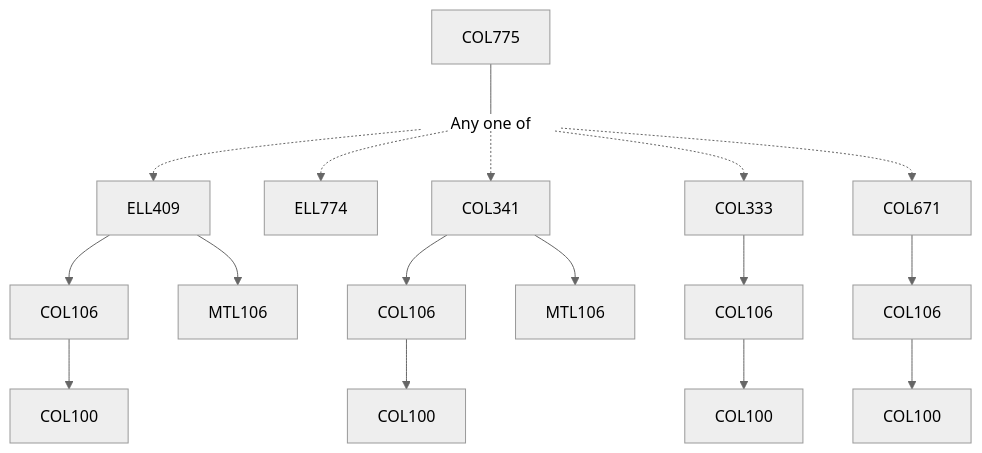
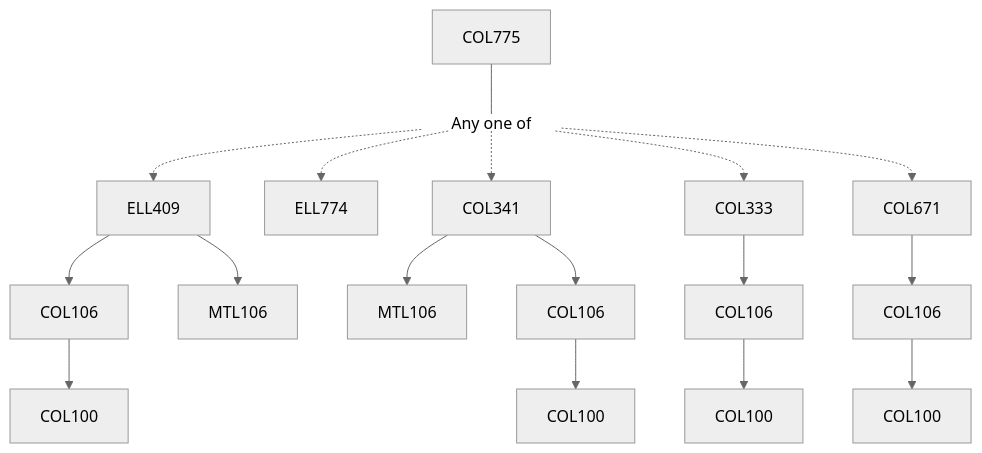
Before and after one commit to KeshavBansal0122/CoS_Website: the diagram in content/Computer Science and Engineering/COL775.md, drawn with Mermaid (neutral theme). The commit also changed other lines of this file and 2667 other files, not shown here.

````diff
--- a/content/Computer Science and Engineering/COL775.md
+++ b/content/Computer Science and Engineering/COL775.md
@@ -17,23 +15,23 @@
 ```mermaid
 flowchart TD
-COL775-765[COL775]
-COL775-765 --- Or766[Any one of]:::empty
-Or766 -.-> ELL409-767[ELL409]
-COL106-767 --> COL100-767[COL100]
-ELL409-767 --> COL106-767[COL106]
-ELL409-767 --> MTL106-767[MTL106]
-Or766 -.-> ELL774-768[ELL774]
-COL341-769 --> COL106-769[COL106]
-COL106-769 --> COL100-769[COL100]
-COL341-769 --> MTL106-769[MTL106]
-Or766 -.-> COL341-769[COL341]
-COL106-770 --> COL100-770[COL100]
-Or766 -.-> COL333-770[COL333]
-COL333-770 --> COL106-770[COL106]
-COL671-771 --> COL106-771[COL106]
-COL106-771 --> COL100-771[COL100]
-Or766 -.-> COL671-771[COL671]
+COL775-1311[COL775]
+COL775-1311 --- Or1312[Any one of]:::empty
+ELL409-1313 --> COL106-1313[COL106]
+Or1312 -.-> ELL409-1313[ELL409]
+ELL409-1313 --> MTL106-1313[MTL106]
+COL106-1313 --> COL100-1313[COL100]
+Or1312 -.-> ELL774-1314[ELL774]
+Or1312 -.-> COL341-1315[COL341]
+COL341-1315 --> MTL106-1315[MTL106]
+COL341-1315 --> COL106-1315[COL106]
+COL106-1315 --> COL100-1315[COL100]
+COL333-1316 --> COL106-1316[COL106]
+COL106-1316 --> COL100-1316[COL100]
+Or1312 -.-> COL333-1316[COL333]
+COL671-1317 --> COL106-1317[COL106]
+COL106-1317 --> COL100-1317[COL100]
+Or1312 -.-> COL671-1317[COL671]
 
 classDef empty height:17px, fill:transparent, stroke:transparent;
 classDef trueEmpty height:0px, width:0px;
 ```
````
